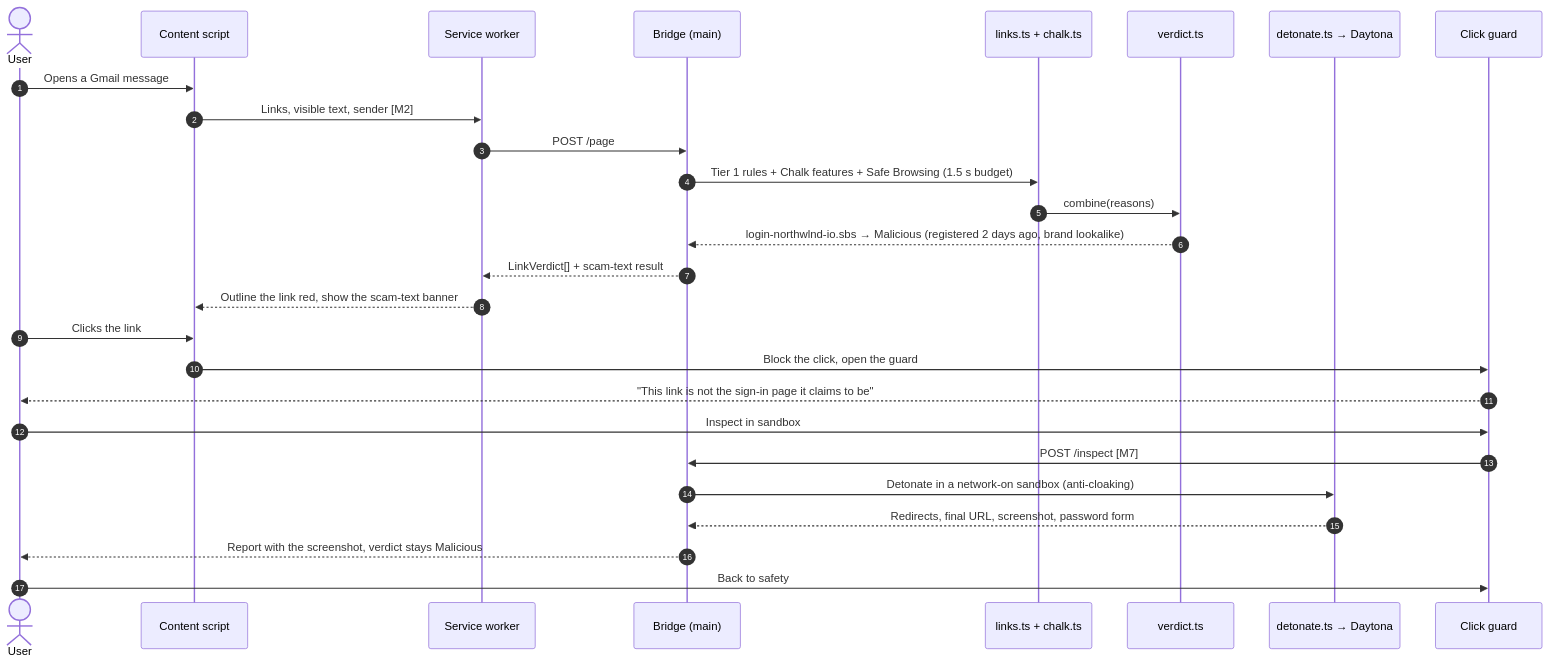
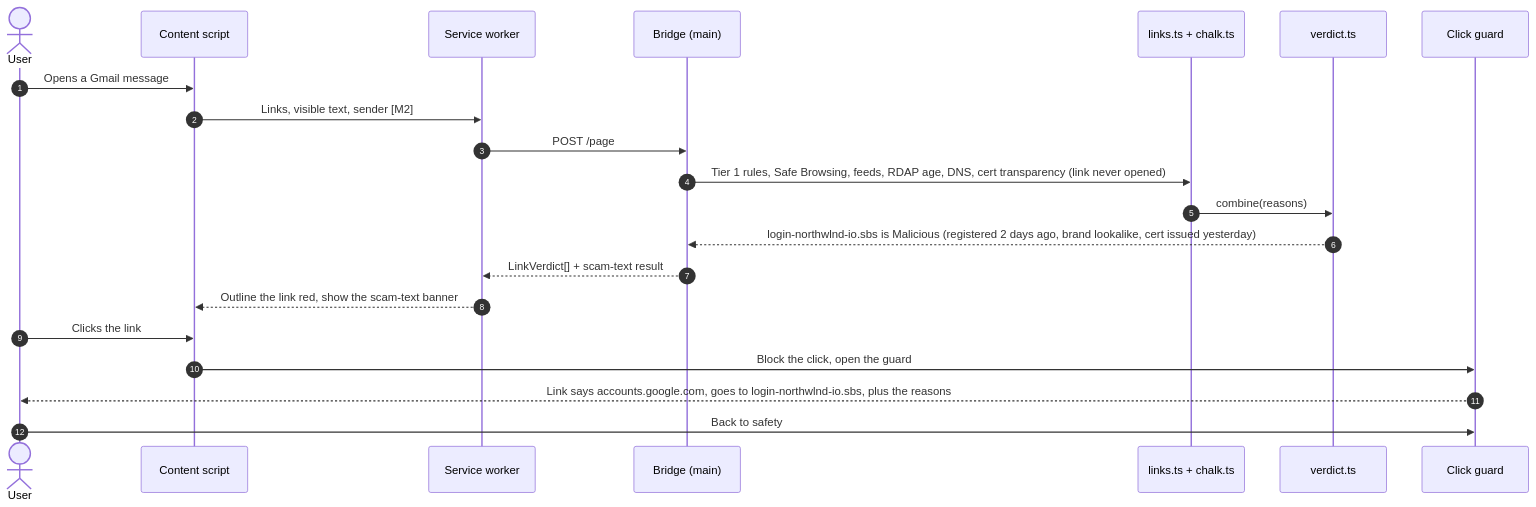
One commit to evandong1976/Aegis changed the tenth of 10 diagrams in docs/architectural.md. Above: the diagram before and after it, drawn with Mermaid. The commit also changed other lines of this file, not shown here.

First line of the commit message:
docs(architectural): Droid on the Mac, links judged without opening, Photon back in scope

````diff
--- a/docs/architectural.md
+++ b/docs/architectural.md
@@ -746,30 +766,24 @@
 ```mermaid
 sequenceDiagram
   autonumber
   actor U as User
   participant CS as Content script
   participant SW as Service worker
   participant BR as Bridge (main)
   participant L as links.ts + chalk.ts
   participant V as verdict.ts
-  participant DT as detonate.ts → Daytona
   participant G as Click guard
 
   U->>CS: Opens a Gmail message
   CS->>SW: Links, visible text, sender [M2]
   SW->>BR: POST /page
-  BR->>L: Tier 1 rules + Chalk features + Safe Browsing (1.5 s budget)
+  BR->>L: Tier 1 rules, Safe Browsing, feeds, RDAP age, DNS, cert transparency (link never opened)
   L->>V: combine(reasons)
-  V-->>BR: login-northwlnd-io.sbs → Malicious (registered 2 days ago, brand lookalike)
+  V-->>BR: login-northwlnd-io.sbs is Malicious (registered 2 days ago, brand lookalike, cert issued yesterday)
   BR-->>SW: LinkVerdict[] + scam-text result
   SW-->>CS: Outline the link red, show the scam-text banner
   U->>CS: Clicks the link
   CS->>G: Block the click, open the guard
-  G-->>U: "This link is not the sign-in page it claims to be"
-  U->>G: Inspect in sandbox
-  G->>BR: POST /inspect [M7]
-  BR->>DT: Detonate in a network-on sandbox (anti-cloaking)
-  DT-->>BR: Redirects, final URL, screenshot, password form
-  BR-->>U: Report with the screenshot, verdict stays Malicious
+  G-->>U: Link says accounts.google.com, goes to login-northwlnd-io.sbs, plus the reasons
   U->>G: Back to safety
 ```
````
